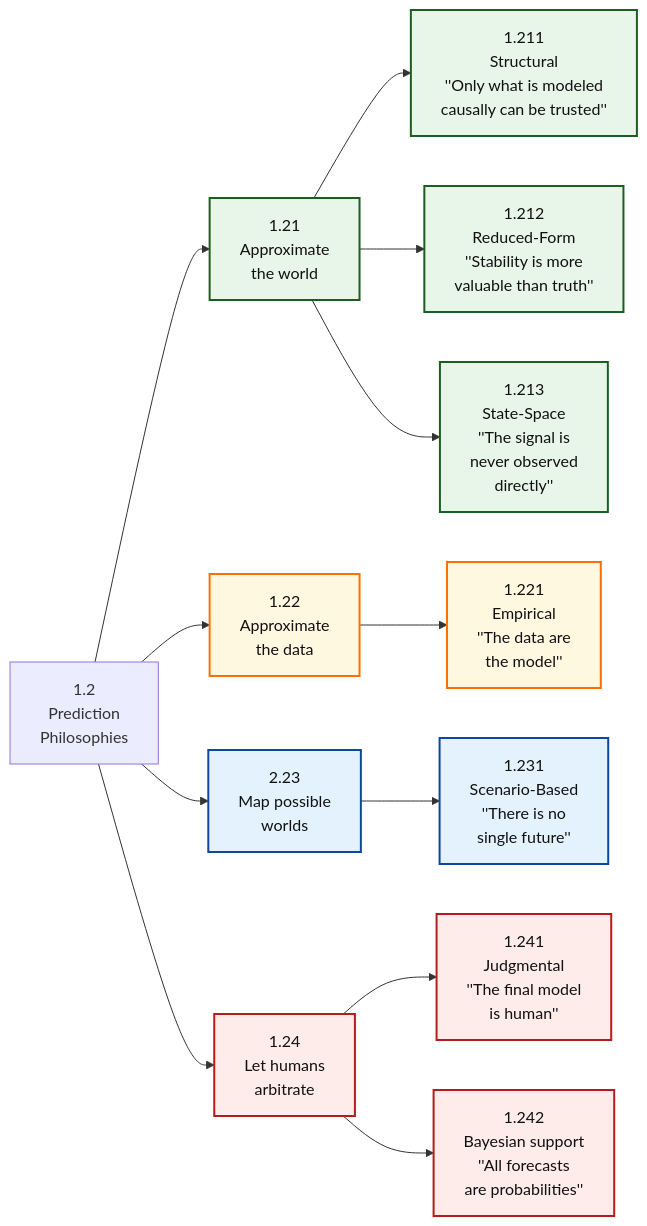
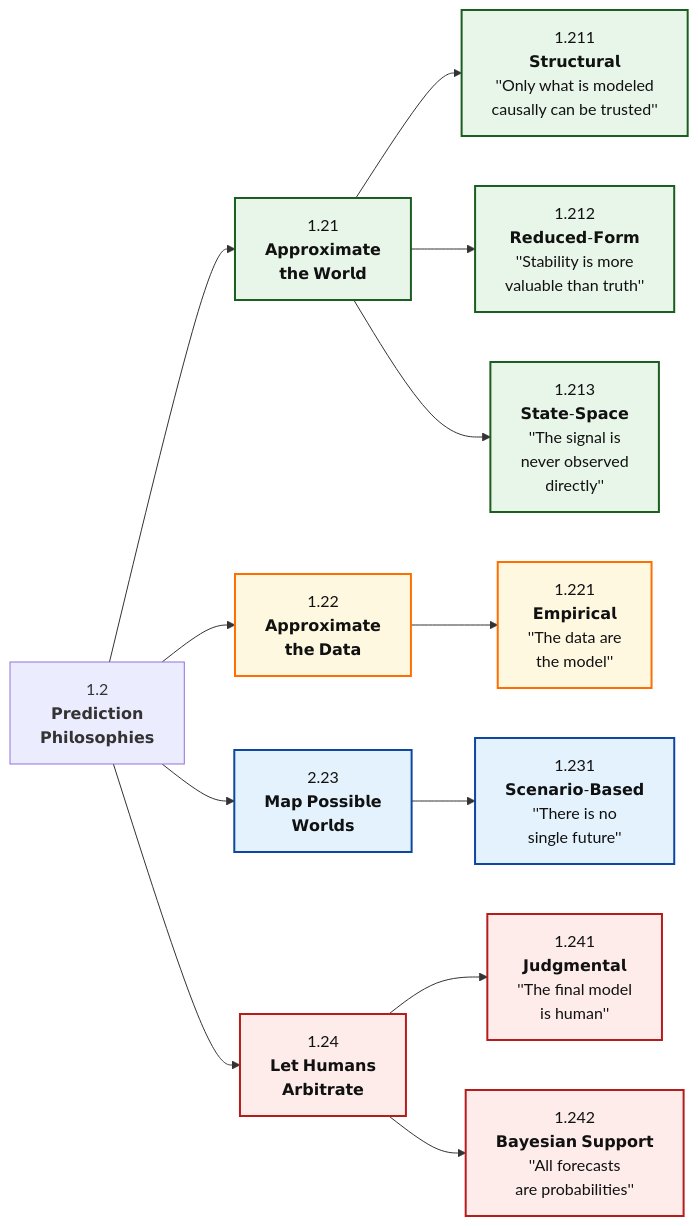
The diagram in articles-posts/predictive-model-evaluation-framework.md (Tellusant/docs), drawn with Mermaid before and after one commit.

```diff
--- a/articles-posts/predictive-model-evaluation-framework.md
+++ b/articles-posts/predictive-model-evaluation-framework.md
@@ -26,42 +26,42 @@
 <div class="mermaid">
 
 flowchart LR
 
 %% ========= NODES =========
-P["1.2<br/>Prediction<br/>Philosophies"]:::none
+P["1.2<br/>𝗣𝗿𝗲𝗱𝗶𝗰𝘁𝗶𝗼𝗻<br/>𝗣𝗵𝗶𝗹𝗼𝘀𝗼𝗽𝗵𝗶𝗲𝘀"]:::none
 
-AW["1.21<br/>Approximate<br/>the world"]:::strong
-AD["1.22<br/>Approximate<br/>the data"]:::mixed
-PW["2.23<br/>Map possible<br/>worlds"]:::neutral
-HA["1.24<br/>Let humans<br/>arbitrate"]:::risk
+AW["1.21<br/>𝗔𝗽𝗽𝗿𝗼𝘅𝗶𝗺𝗮𝘁𝗲<br/>𝘁𝗵𝗲 𝗪𝗼𝗿𝗹𝗱"]:::strong
+AD["1.22<br/>𝗔𝗽𝗽𝗿𝗼𝘅𝗶𝗺𝗮𝘁𝗲<br/>𝘁𝗵𝗲 𝗗𝗮𝘁𝗮"]:::mixed
+PW["2.23<br/>𝗠𝗮𝗽 𝗣𝗼𝘀𝘀𝗶𝗯𝗹𝗲<br/>𝗪𝗼𝗿𝗹𝗱𝘀"]:::neutral
+HA["1.24<br/>𝗟𝗲𝘁 𝗛𝘂𝗺𝗮𝗻𝘀<br/>𝗔𝗿𝗯𝗶𝘁𝗿𝗮𝘁𝗲"]:::risk
 
-STR["1.211<br/>Structural<br/>''Only what is modeled<br/>causally can be trusted''"]:::strong
-RED["1.212<br/>Reduced-Form<br/>''Stability is more<br/>valuable than truth''"]:::strong
-STA["1.213<br/>State-Space<br/>''The signal is<br/>never observed<br/>directly''"]:::strong
-EMP["1.221<br/>Empirical<br/>''The data are<br/>the model''"]:::mixed
-SCE["1.231<br/>Scenario-Based<br/>''There is no<br/>single future''"]:::neutral
-JUD["1.241<br/>Judgmental<br/>''The final model<br/>is human''"]:::risk
-BAY["1.242<br/>Bayesian support<br/>''All forecasts<br/>are probabilities''"]:::risk
+STR["1.211<br/>𝗦𝘁𝗿𝘂𝗰𝘁𝘂𝗿𝗮𝗹<br/>''Only what is modeled<br/>causally can be trusted''"]:::strong
+RED["1.212<br/>𝗥𝗲𝗱𝘂𝗰𝗲𝗱-𝗙𝗼𝗿𝗺<br/>''Stability is more<br/>valuable than truth''"]:::strong
+STA["1.213<br/>𝗦𝘁𝗮𝘁𝗲-𝗦𝗽𝗮𝗰𝗲<br/>''The signal is<br/>never observed<br/>directly''"]:::strong
+EMP["1.221<br/>𝗘𝗺𝗽𝗶𝗿𝗶𝗰𝗮𝗹<br/>''The data are<br/>the model''"]:::mixed
+SCE["1.231<br/>𝗦𝗰𝗲𝗻𝗮𝗿𝗶𝗼-𝗕𝗮𝘀𝗲𝗱<br/>''There is no<br/>single future''"]:::neutral
+JUD["1.241<br/>𝗝𝘂𝗱𝗴𝗺𝗲𝗻𝘁𝗮𝗹<br/>''The final model<br/>is human''"]:::risk
+BAY["1.242<br/>𝗕𝗮𝘆𝗲𝘀𝗶𝗮𝗻 𝗦𝘂𝗽𝗽𝗼𝗿𝘁<br/>''All forecasts<br/>are probabilities''"]:::risk
 
 %% ========= RELATIONSHIPS =========
 P --> AW
 P --> AD
 P --> PW
 P --> HA
 AW --> STR
 AW --> RED
 AW --> STA
 AD --> EMP
 PW --> SCE
 HA --> JUD
 HA --> BAY
 
 %% ========= STYLES =========
 classDef strong  fill:#E8F5E9,stroke:#1B5E20,stroke-width:2px,color:#111;
 classDef neutral fill:#E3F2FD,stroke:#0D47A1,stroke-width:2px,color:#111;
 classDef mixed   fill:#FFF8E1,stroke:#FF6F00,stroke-width:2px,color:#111;
 classDef risk    fill:#FDECEA,stroke:#B71C1C,stroke-width:2px,color:#111;
 classDef summary fill:#F5F5F5,stroke:#424242,stroke-width:2px,color:#111;
 classDef anchor fill:transparent,stroke:transparent;
 
 </div>
```
